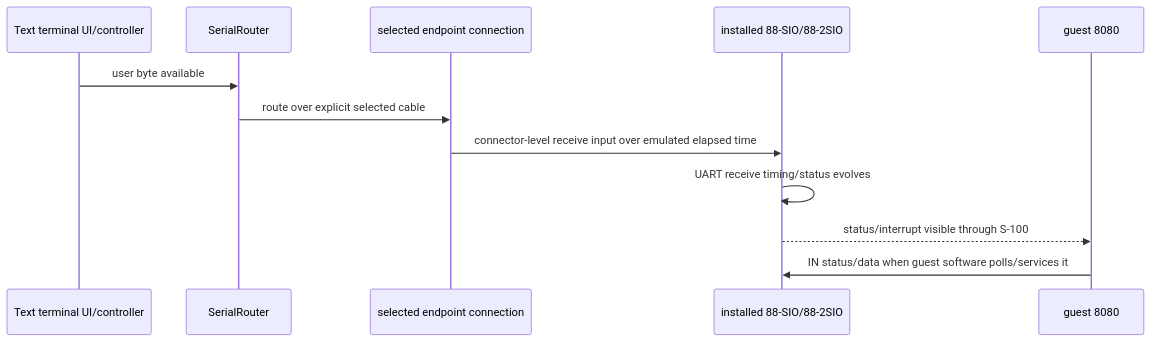
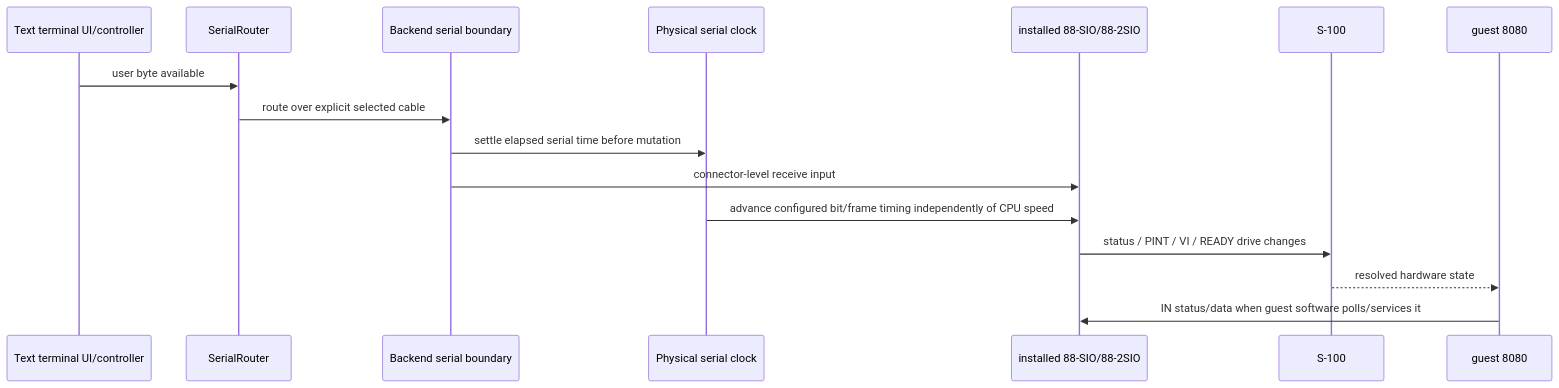
One commit to TheWinterLynx/RusTair changed the sixth of 8 diagrams in docs/RUNTIME_FLOWS.md. Above: the diagram before and after it, drawn with Mermaid. The commit also changed other lines of this file, not shown here.

Commit message:
Document independent serial runtime clock flow

````diff
--- a/docs/RUNTIME_FLOWS.md
+++ b/docs/RUNTIME_FLOWS.md
@@ -192,15 +198,19 @@
 ```mermaid
 sequenceDiagram
     participant UI as Text terminal UI/controller
     participant Router as SerialRouter
-    participant Endpoint as selected endpoint connection
+    participant Backend as Backend serial boundary
+    participant Clock as Physical serial clock
     participant Card as installed 88-SIO/88-2SIO
+    participant Bus as S-100
     participant CPU as guest 8080
 
     UI->>Router: user byte available
-    Router->>Endpoint: route over explicit selected cable
-    Endpoint->>Card: connector-level receive input over emulated elapsed time
-    Card->>Card: UART receive timing/status evolves
-    Card-->>CPU: status/interrupt visible through S-100
+    Router->>Backend: route over explicit selected cable
+    Backend->>Clock: settle elapsed serial time before mutation
+    Backend->>Card: connector-level receive input
+    Clock->>Card: advance configured bit/frame timing independently of CPU speed
+    Card->>Bus: status / PINT / VI / READY drive changes
+    Bus-->>CPU: resolved hardware state
     CPU->>Card: IN status/data when guest software polls/services it
 ```
````
